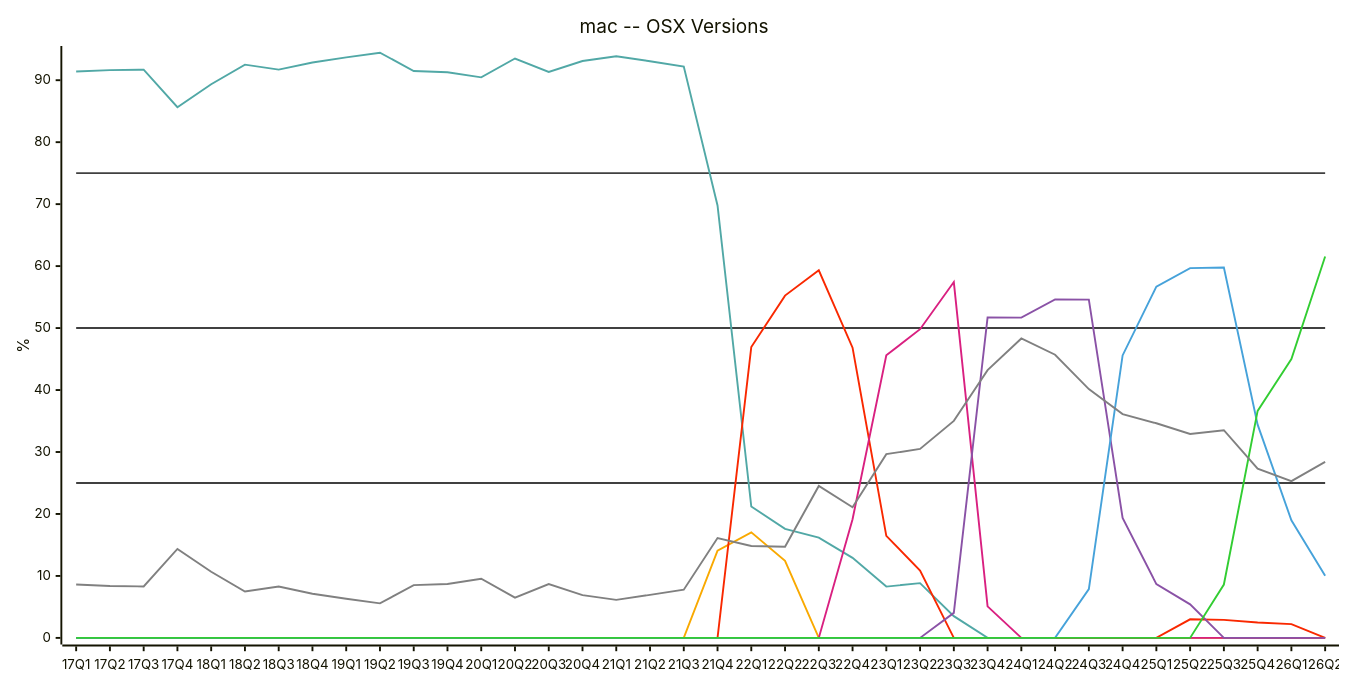
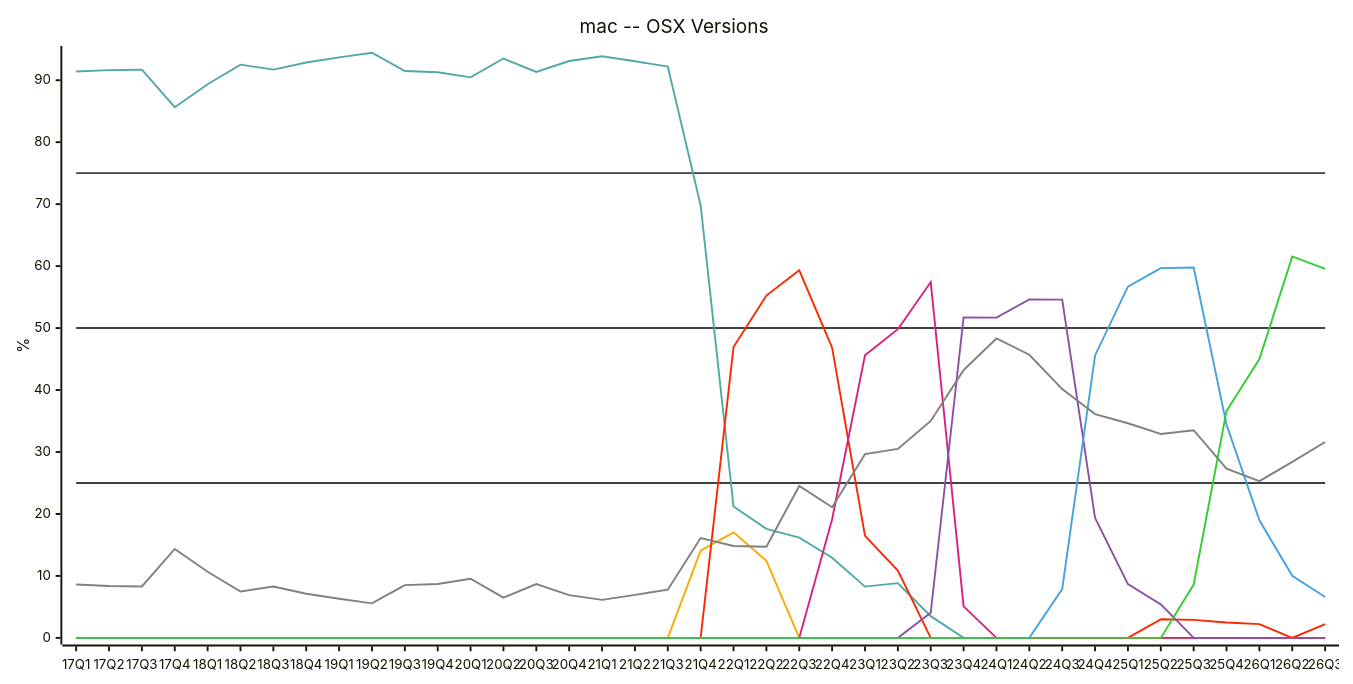
Before and after one commit to jdegene/steamHWsurvey: diagram 17 of 31 in README.md, drawn with Mermaid. The commit also changed other lines of this file and 2 other files, not shown here.

````diff
--- a/README.md
+++ b/README.md
@@ -580,29 +580,29 @@
 ```mermaid
 ---
 config:
     xyChart:
         width: 1400
         height: 700
         
     themeVariables:
         xyChart:
             plotColorPalette: "#404040,#404040,#404040,#51a8a6,#f9a900,#f92800,#d92080,#8a52a6,#46a2da,#32CD32,#808080"
 
 --- 
 
 xychart-beta
     title "mac -- OSX Versions"
-    x-axis [17Q1, 17Q2, 17Q3, 17Q4, 18Q1, 18Q2, 18Q3, 18Q4, 19Q1, 19Q2, 19Q3, 19Q4, 20Q1, 20Q2, 20Q3, 20Q4, 21Q1, 21Q2, 21Q3, 21Q4, 22Q1, 22Q2, 22Q3, 22Q4, 23Q1, 23Q2, 23Q3, 23Q4, 24Q1, 24Q2, 24Q3, 24Q4, 25Q1, 25Q2, 25Q3, 25Q4, 26Q1, 26Q2]
+    x-axis [17Q1, 17Q2, 17Q3, 17Q4, 18Q1, 18Q2, 18Q3, 18Q4, 19Q1, 19Q2, 19Q3, 19Q4, 20Q1, 20Q2, 20Q3, 20Q4, 21Q1, 21Q2, 21Q3, 21Q4, 22Q1, 22Q2, 22Q3, 22Q4, 23Q1, 23Q2, 23Q3, 23Q4, 24Q1, 24Q2, 24Q3, 24Q4, 25Q1, 25Q2, 25Q3, 25Q4, 26Q1, 26Q2, 26Q3]
     y-axis "%" 
- line [25, 25, 25, 25, 25, 25, 25, 25, 25, 25, 25, 25, 25, 25, 25, 25, 25, 25, 25, 25, 25, 25, 25, 25, 25, 25, 25, 25, 25, 25, 25, 25, 25, 25, 25, 25, 25, 25]
- line [50, 50, 50, 50, 50, 50, 50, 50, 50, 50, 50, 50, 50, 50, 50, 50, 50, 50, 50, 50, 50, 50, 50, 50, 50, 50, 50, 50, 50, 50, 50, 50, 50, 50, 50, 50, 50, 50]
- line [75, 75, 75, 75, 75, 75, 75, 75, 75, 75, 75, 75, 75, 75, 75, 75, 75, 75, 75, 75, 75, 75, 75, 75, 75, 75, 75, 75, 75, 75, 75, 75, 75, 75, 75, 75, 75, 75]
-    line [91.39999999999999, 91.63333333333333, 91.69999999999999, 85.64, 89.34333333333333, 92.51499999999999, 91.70333333333333, 92.86666666666666, 93.67999999999999, 94.44, 91.48333333333333, 91.28666666666666, 90.46, 93.5, 91.325, 93.10000000000001, 93.85666666666667, 93.06, 92.21000000000001, 69.78999999999999, 21.2, 17.6, 16.17, 12.925, 8.28, 8.836666666666666, 3.51, 0, 0, 0, 0, 0, 0, 0, 0, 0, 0, 0]
-    line [0, 0, 0, 0, 0, 0, 0, 0, 0, 0, 0, 0, 0, 0, 0, 0, 0, 0, 0, 14.09, 17.03, 12.44, 0, 0, 0, 0, 0, 0, 0, 0, 0, 0, 0, 0, 0, 0, 0, 0]
-    line [0, 0, 0, 0, 0, 0, 0, 0, 0, 0, 0, 0, 0, 0, 0, 0, 0, 0, 0, 0, 46.945, 55.24, 59.32000000000001, 46.839999999999996, 16.465000000000003, 10.86, 0, 0, 0, 0, 0, 0, 0, 3.0, 2.91, 2.4899999999999998, 2.22, 0]
-    line [0, 0, 0, 0, 0, 0, 0, 0, 0, 0, 0, 0, 0, 0, 0, 0, 0, 0, 0, 0, 0, 0, 0, 19.145, 45.595, 49.82, 57.43000000000001, 5.09, 0, 0, 0, 0, 0, 0, 0, 0, 0, 0]
-    line [0, 0, 0, 0, 0, 0, 0, 0, 0, 0, 0, 0, 0, 0, 0, 0, 0, 0, 0, 0, 0, 0, 0, 0, 0, 0, 4.04, 51.71, 51.68000000000001, 54.62666666666666, 54.59666666666667, 19.37333333333333, 8.683333333333334, 5.413333333333333, 0, 0, 0, 0]
-    line [0, 0, 0, 0, 0, 0, 0, 0, 0, 0, 0, 0, 0, 0, 0, 0, 0, 0, 0, 0, 0, 0, 0, 0, 0, 0, 0, 0, 0, 0, 7.869999999999999, 45.58333333333333, 56.68333333333333, 59.66666666666667, 59.776666666666664, 34.416666666666664, 18.98666666666666, 10.036666666666665]
-    line [0, 0, 0, 0, 0, 0, 0, 0, 0, 0, 0, 0, 0, 0, 0, 0, 0, 0, 0, 0, 0, 0, 0, 0, 0, 0, 0, 0, 0, 0, 0, 0, 0, 0, 8.610000000000001, 36.626666666666665, 45.013333333333335, 61.55999999999998]
-    line [8.61, 8.373333333333333, 8.3, 14.356666666666666, 10.673333333333336, 7.489999999999999, 8.296666666666667, 7.13, 6.3133333333333335, 5.57, 8.52, 8.709999999999999, 9.55, 6.49, 8.68, 6.905, 6.136666666666666, 6.946666666666666, 7.785, 16.12, 14.829999999999998, 14.719999999999999, 24.52, 21.085, 29.65, 30.493333333333332, 35.02, 43.205, 48.32, 45.7, 40.160000000000004, 36.11333333333333, 34.63666666666666, 32.92, 33.513333333333335, 27.30333333333333, 25.290000000000003, 28.4]
+ line [25, 25, 25, 25, 25, 25, 25, 25, 25, 25, 25, 25, 25, 25, 25, 25, 25, 25, 25, 25, 25, 25, 25, 25, 25, 25, 25, 25, 25, 25, 25, 25, 25, 25, 25, 25, 25, 25, 25]
+ line [50, 50, 50, 50, 50, 50, 50, 50, 50, 50, 50, 50, 50, 50, 50, 50, 50, 50, 50, 50, 50, 50, 50, 50, 50, 50, 50, 50, 50, 50, 50, 50, 50, 50, 50, 50, 50, 50, 50]
+ line [75, 75, 75, 75, 75, 75, 75, 75, 75, 75, 75, 75, 75, 75, 75, 75, 75, 75, 75, 75, 75, 75, 75, 75, 75, 75, 75, 75, 75, 75, 75, 75, 75, 75, 75, 75, 75, 75, 75]
+    line [91.39999999999999, 91.63333333333333, 91.69999999999999, 85.64, 89.34333333333333, 92.515, 91.70333333333333, 92.86666666666666, 93.67999999999999, 94.44, 91.48333333333333, 91.28666666666666, 90.46, 93.5, 91.325, 93.10000000000001, 93.85666666666667, 93.06, 92.21000000000001, 69.78999999999999, 21.2, 17.6, 16.17, 12.925, 8.28, 8.836666666666666, 3.51, 0, 0, 0, 0, 0, 0, 0, 0, 0, 0, 0, 0]
+    line [0, 0, 0, 0, 0, 0, 0, 0, 0, 0, 0, 0, 0, 0, 0, 0, 0, 0, 0, 14.09, 17.03, 12.44, 0, 0, 0, 0, 0, 0, 0, 0, 0, 0, 0, 0, 0, 0, 0, 0, 0]
+    line [0, 0, 0, 0, 0, 0, 0, 0, 0, 0, 0, 0, 0, 0, 0, 0, 0, 0, 0, 0, 46.945, 55.24, 59.32000000000001, 46.839999999999996, 16.465000000000003, 10.86, 0, 0, 0, 0, 0, 0, 0, 3.0, 2.91, 2.4899999999999998, 2.22, 0, 2.22]
+    line [0, 0, 0, 0, 0, 0, 0, 0, 0, 0, 0, 0, 0, 0, 0, 0, 0, 0, 0, 0, 0, 0, 0, 19.145, 45.595, 49.82, 57.43000000000001, 5.09, 0, 0, 0, 0, 0, 0, 0, 0, 0, 0, 0]
+    line [0, 0, 0, 0, 0, 0, 0, 0, 0, 0, 0, 0, 0, 0, 0, 0, 0, 0, 0, 0, 0, 0, 0, 0, 0, 0, 4.04, 51.71, 51.68000000000001, 54.62666666666666, 54.59666666666667, 19.37333333333333, 8.683333333333334, 5.413333333333333, 0, 0, 0, 0, 0]
+    line [0, 0, 0, 0, 0, 0, 0, 0, 0, 0, 0, 0, 0, 0, 0, 0, 0, 0, 0, 0, 0, 0, 0, 0, 0, 0, 0, 0, 0, 0, 7.869999999999999, 45.58333333333333, 56.68333333333333, 59.66666666666667, 59.776666666666664, 34.416666666666664, 18.98666666666666, 10.036666666666665, 6.61]
+    line [0, 0, 0, 0, 0, 0, 0, 0, 0, 0, 0, 0, 0, 0, 0, 0, 0, 0, 0, 0, 0, 0, 0, 0, 0, 0, 0, 0, 0, 0, 0, 0, 0, 0, 8.610000000000001, 36.626666666666665, 45.013333333333335, 61.55999999999998, 59.55999999999999]
+    line [8.61, 8.373333333333333, 8.3, 14.356666666666666, 10.673333333333336, 7.489999999999999, 8.296666666666667, 7.13, 6.3133333333333335, 5.57, 8.52, 8.709999999999999, 9.55, 6.49, 8.68, 6.905, 6.136666666666666, 6.946666666666666, 7.785, 16.12, 14.829999999999998, 14.719999999999999, 24.52, 21.085, 29.65, 30.493333333333332, 35.02, 43.205, 48.32, 45.7, 40.160000000000004, 36.11333333333333, 34.63666666666666, 32.92, 33.513333333333335, 27.30333333333333, 25.290000000000003, 28.4, 31.619999999999994]
 ``` 
````
